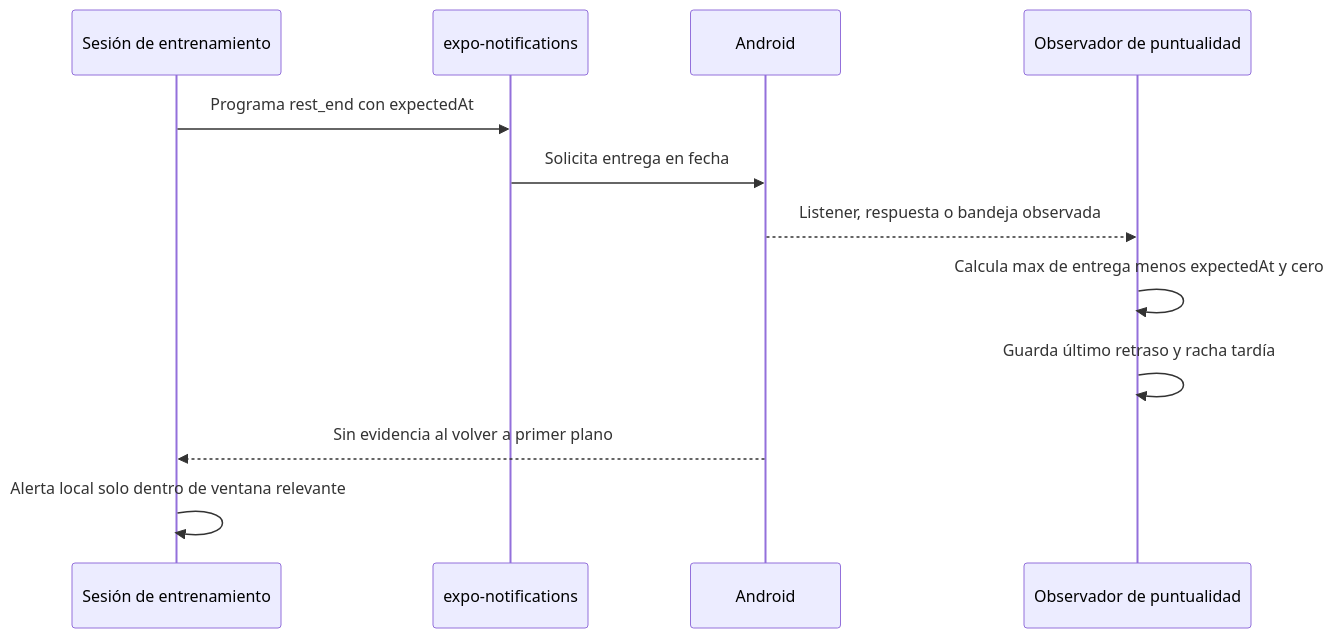
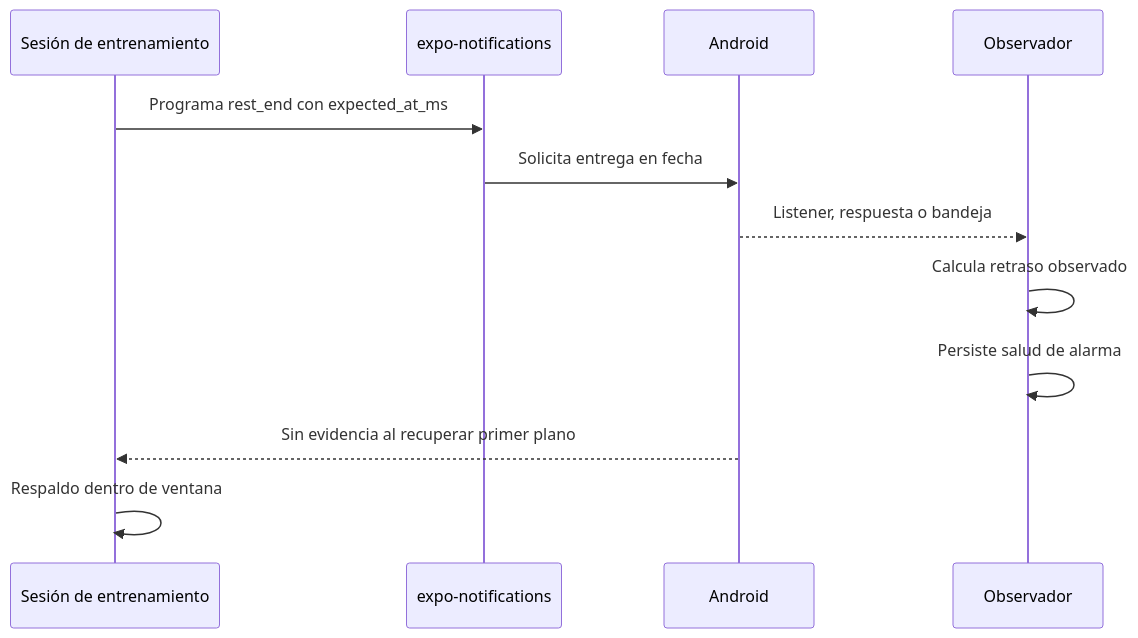
Before and after one commit to maximofn/gymnasia: the second of 2 diagrams in openwiki/operations/android-permissions.md, drawn with Mermaid. The commit also changed other lines of this file and 50 other files, not shown here.

````diff
--- a/openwiki/operations/android-permissions.md
+++ b/openwiki/operations/android-permissions.md
@@ -88,14 +88,14 @@
 ```mermaid
 sequenceDiagram
     participant Session as Sesión de entrenamiento
     participant Scheduler as expo-notifications
     participant Android as Android
-    participant Observer as Observador de puntualidad
-    Session->>Scheduler: Programa rest_end con expectedAt
+    participant Observer as Observador
+    Session->>Scheduler: Programa rest_end con expected_at_ms
     Scheduler->>Android: Solicita entrega en fecha
-    Android-->>Observer: Listener, respuesta o bandeja observada
-    Observer->>Observer: Calcula max de entrega menos expectedAt y cero
-    Observer->>Observer: Guarda último retraso y racha tardía
-    Android-->>Session: Sin evidencia al volver a primer plano
-    Session->>Session: Alerta local solo dentro de ventana relevante
+    Android-->>Observer: Listener, respuesta o bandeja
+    Observer->>Observer: Calcula retraso observado
+    Observer->>Observer: Persiste salud de alarma
+    Android-->>Session: Sin evidencia al recuperar primer plano
+    Session->>Session: Respaldo dentro de ventana
 ```
````
